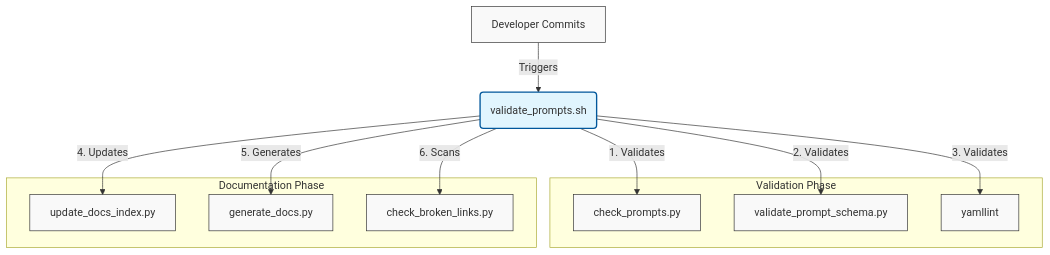
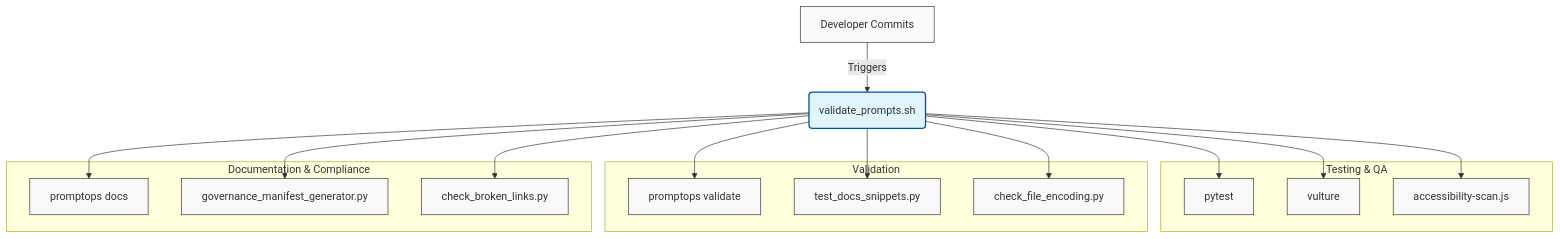
One commit to fderuiter/proompts changed the diagram in tools/tools/scripts/README.md. Above: the diagram before and after it, drawn with Mermaid. The commit also changed other lines of this file and 26 other files, not shown here.

````diff
--- a/tools/tools/scripts/README.md
+++ b/tools/tools/scripts/README.md
@@ -21,29 +21,37 @@
 ```mermaid
 graph TD
     %% Define Nodes
     A[Developer Commits] -->|Triggers| B(validate_prompts.sh)
 
-    subgraph "Validation Phase"
-        C1[check_prompts.py]
-        C2[validate_prompt_schema.py]
-        C3[yamllint]
+    subgraph "Testing & QA"
+        C1[pytest]
+        C2[vulture]
+        C3[accessibility-scan.js]
     end
 
-    subgraph "Documentation Phase"
-        D1[update_docs_index.py]
-        D2[generate_docs.py]
-        D3[check_broken_links.py]
+    subgraph "Validation"
+        D1[promptops validate]
+        D2[test_docs_snippets.py]
+        D3[check_file_encoding.py]
     end
 
-    B -->|1. Validates| C1
-    B -->|2. Validates| C2
-    B -->|3. Validates| C3
+    subgraph "Documentation & Compliance"
+        E1[promptops docs]
+        E2[governance_manifest_generator.py]
+        E3[check_broken_links.py]
+    end
 
-    B -->|4. Updates| D1
-    B -->|5. Generates| D2
-    B -->|6. Scans| D3
+    B --> C1
+    B --> C2
+    B --> C3
+    B --> D1
+    B --> D2
+    B --> D3
+    B --> E1
+    B --> E2
+    B --> E3
 
     classDef default fill:#f9f9f9,stroke:#333,stroke-width:1px;
     classDef highlight fill:#e1f5fe,stroke:#01579b,stroke-width:2px;
     class B highlight;
 ```
````
